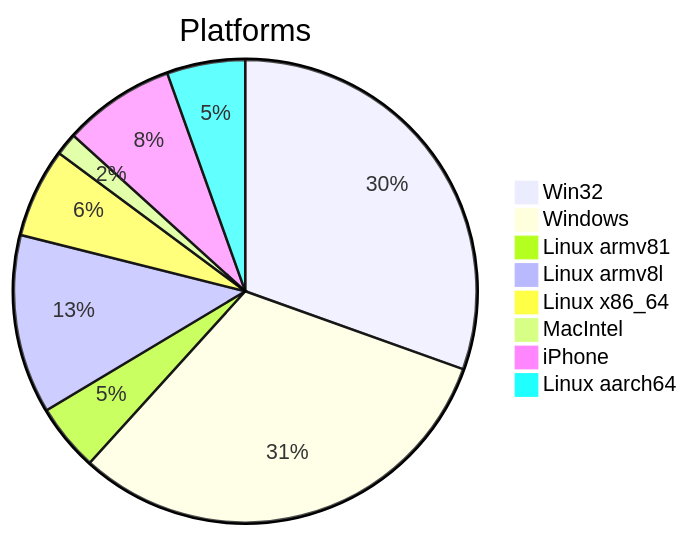
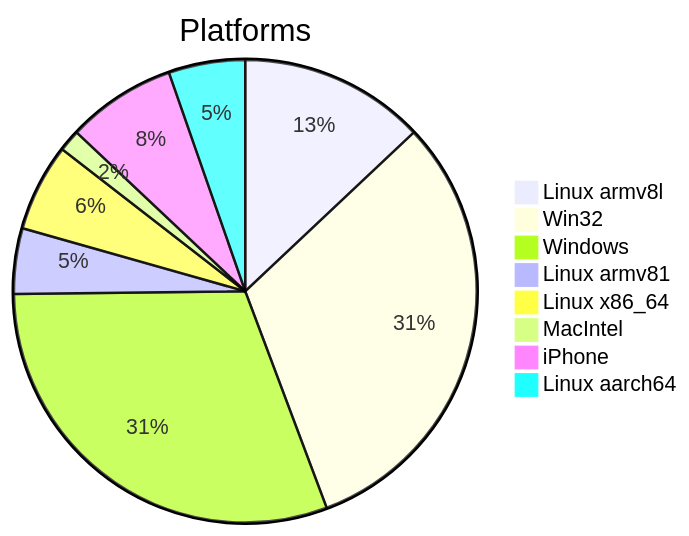
The first of 2 diagrams in DATA_REPORT.md (Krugou/socials), drawn with Mermaid before and after one commit. The commit also changed other lines of this file and 2 other files, not shown here.

````diff
--- a/DATA_REPORT.md
+++ b/DATA_REPORT.md
@@ -9,11 +9,11 @@
 ```mermaid
 pie title Platforms
-    "Win32" : 39
+    "Linux armv8l" : 17
+    "Win32" : 41
     "Windows" : 40
     "Linux armv81" : 6
-    "Linux armv8l" : 16
     "Linux x86_64" : 8
     "MacIntel" : 2
     "iPhone" : 10
     "Linux aarch64" : 7
 ```
````
